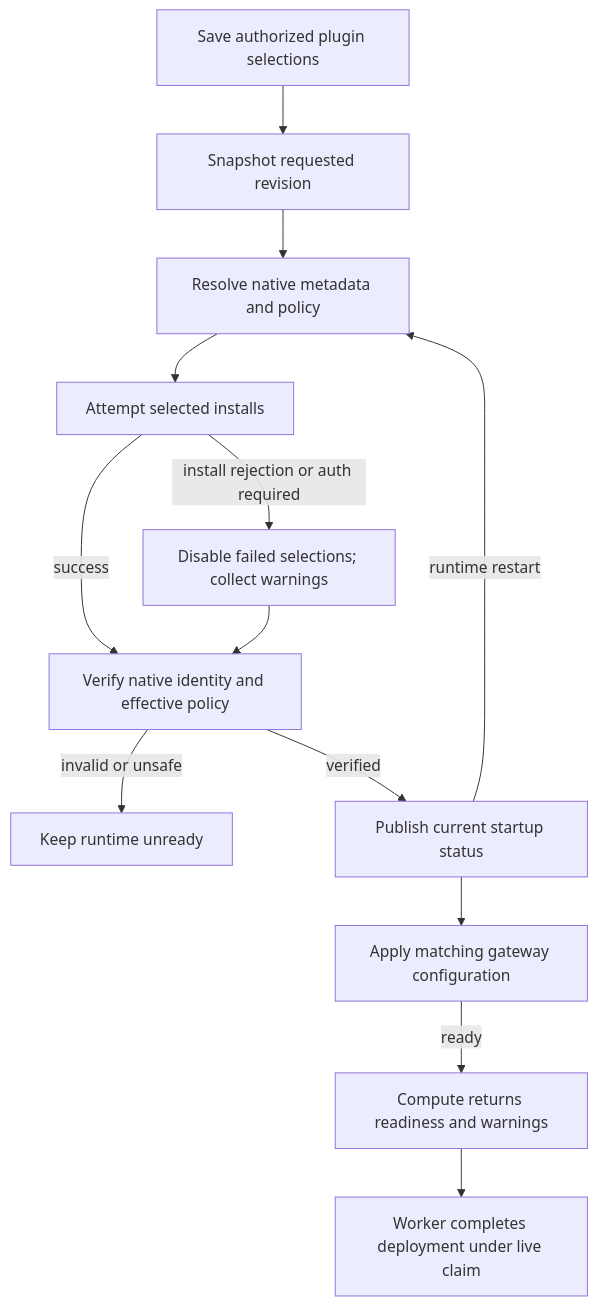
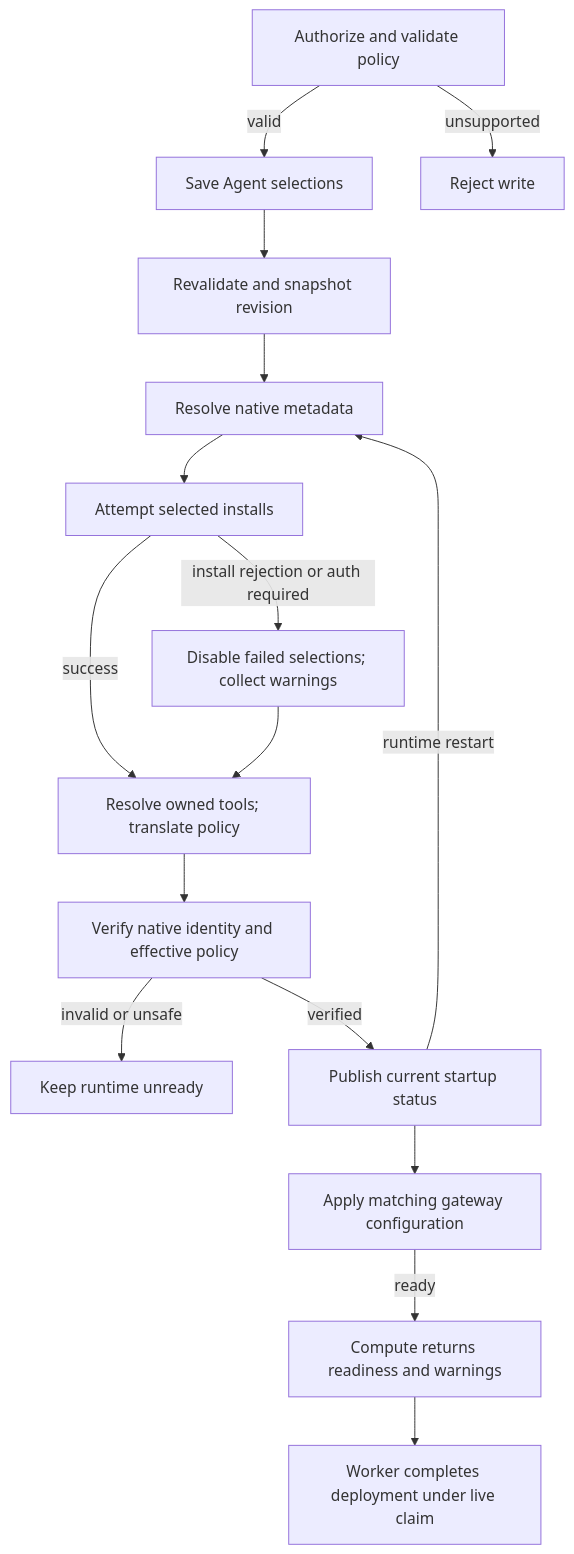
One commit to SebTardif/openclaw-enterprise changed the diagram in docs/flows/agent-plugins.md. Above: the diagram before and after it, drawn with Mermaid. The commit also changed other lines of this file and 38 other files, not shown here.

````diff
--- a/docs/flows/agent-plugins.md
+++ b/docs/flows/agent-plugins.md
@@ -33,15 +34,18 @@
 ```mermaid
 graph TD
-  A["Save authorized plugin selections"] --> B["Snapshot requested revision"]
-  B --> C["Resolve native metadata and policy"]
+  A["Authorize and validate policy"] -->|valid| S["Save Agent selections"]
+  A -->|unsupported| Y["Reject write"]
+  S --> B["Revalidate and snapshot revision"]
+  B --> C["Resolve native metadata"]
   C --> D["Attempt selected installs"]
   D -->|install rejection or auth required| E["Disable failed selections; collect warnings"]
-  D -->|success| F["Verify native identity and effective policy"]
-  E --> F
+  D -->|success| T["Resolve owned tools; translate policy"]
+  E --> T
+  T --> F["Verify native identity and effective policy"]
   F -->|invalid or unsafe| X["Keep runtime unready"]
   F -->|verified| G["Publish current startup status"]
   G --> H["Apply matching gateway configuration"]
   H -->|ready| I["Compute returns readiness and warnings"]
   I --> J["Worker completes deployment under live claim"]
   G -->|runtime restart| C
 ```
````
